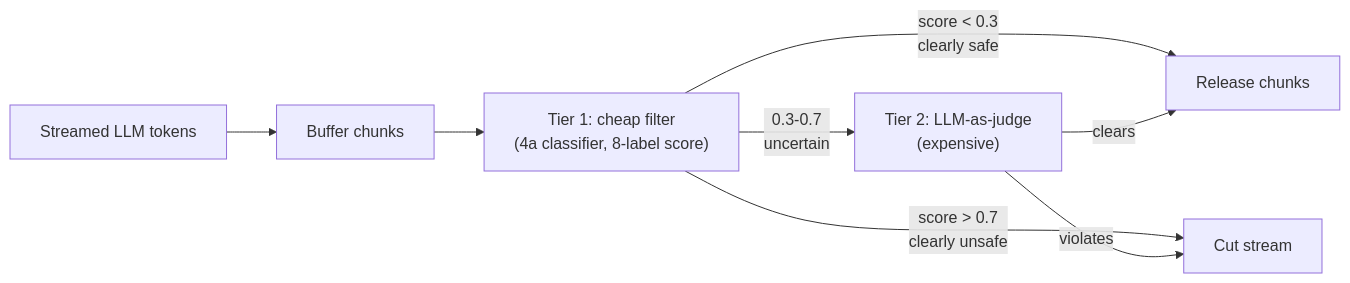
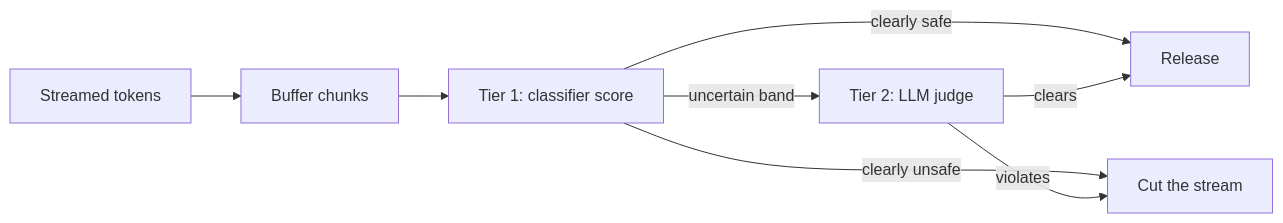
Before and after one commit to romancobblepot/AI-system-design-primer: the fourth of 5 diagrams in case-studies/harmful-content-detection/README.md, drawn with Mermaid. The commit also changed other lines of this file and 49 other files, not shown here.

````diff
--- a/case-studies/harmful-content-detection/README.md
+++ b/case-studies/harmful-content-detection/README.md
@@ -222,10 +248,10 @@
 ```mermaid
 flowchart LR
-    S["Streamed LLM tokens"] --> BUF["Buffer chunks"]
-    BUF --> CF["Tier 1: cheap filter\n(4a classifier, 8-label score)"]
-    CF -->|"score < 0.3\nclearly safe"| REL["Release chunks"]
-    CF -->|"score > 0.7\nclearly unsafe"| CUT["Cut stream"]
-    CF -->|"0.3-0.7\nuncertain"| J["Tier 2: LLM-as-judge\n(expensive)"]
+    S["Streamed tokens"] --> BUF["Buffer chunks"]
+    BUF --> CF["Tier 1: classifier score"]
+    CF -->|"clearly safe"| REL["Release"]
+    CF -->|"clearly unsafe"| CUT["Cut the stream"]
+    CF -->|"uncertain band"| J["Tier 2: LLM judge"]
     J -->|"violates"| CUT
     J -->|"clears"| REL
 ```
````
